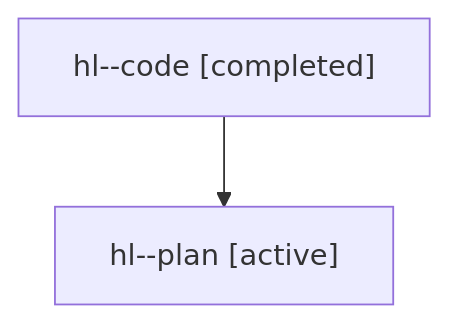
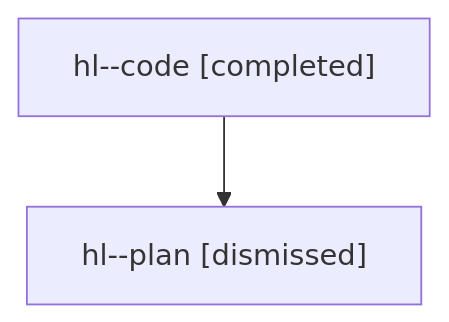
The diagram in sessions/bbugyi200.athena.hl.md (sase-org/sase--agents), drawn with Mermaid before and after one commit. The commit also changed other lines of this file and 34 other files, not shown here.

````diff
--- a/sessions/bbugyi200.athena.hl.md
+++ b/sessions/bbugyi200.athena.hl.md
@@ -9,6 +9,6 @@
 ```mermaid
 flowchart TD
   n0["hl--code [completed]"]
-  n1["hl--plan [active]"]
+  n1["hl--plan [dismissed]"]
   n0 --> n1
 ```
````
